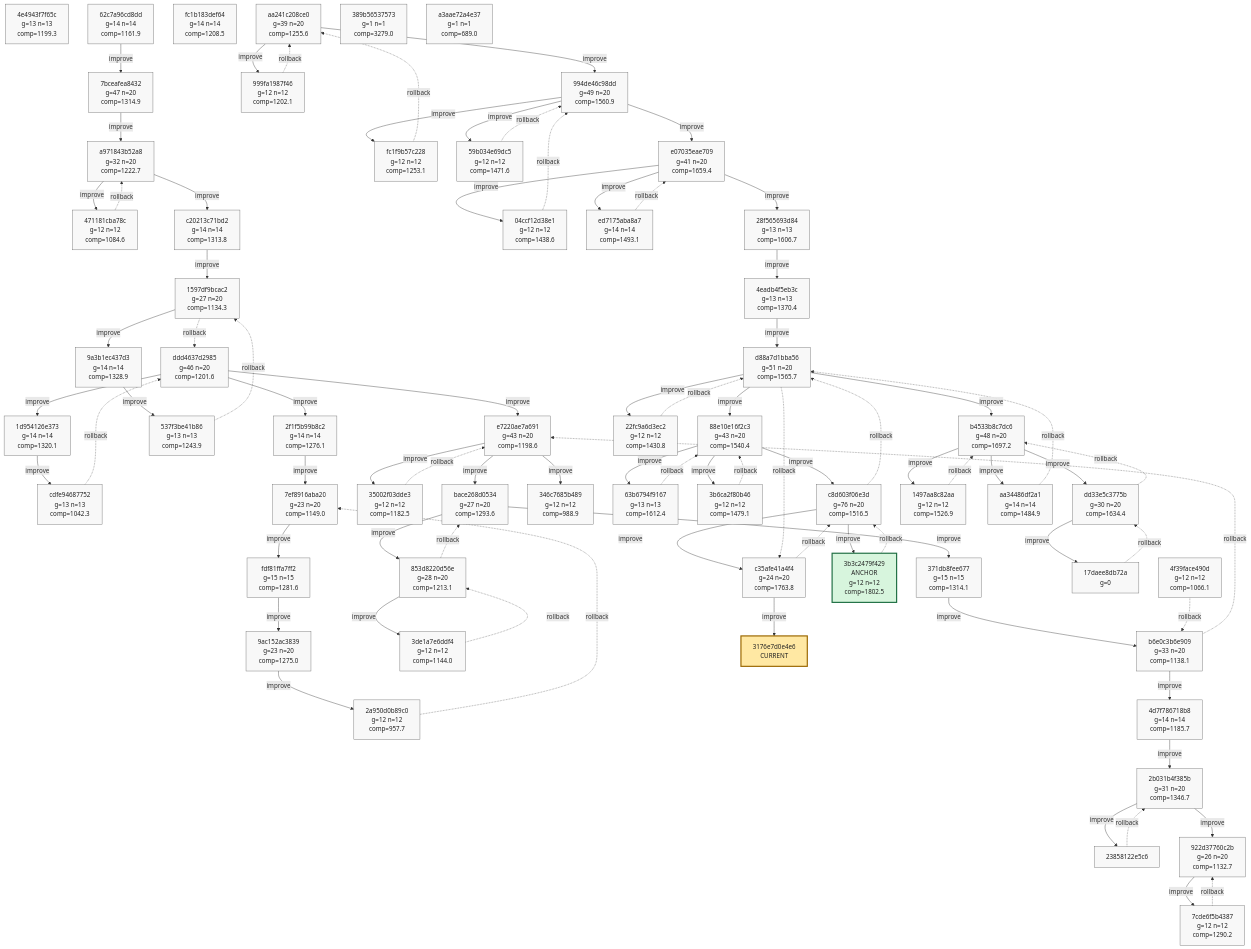
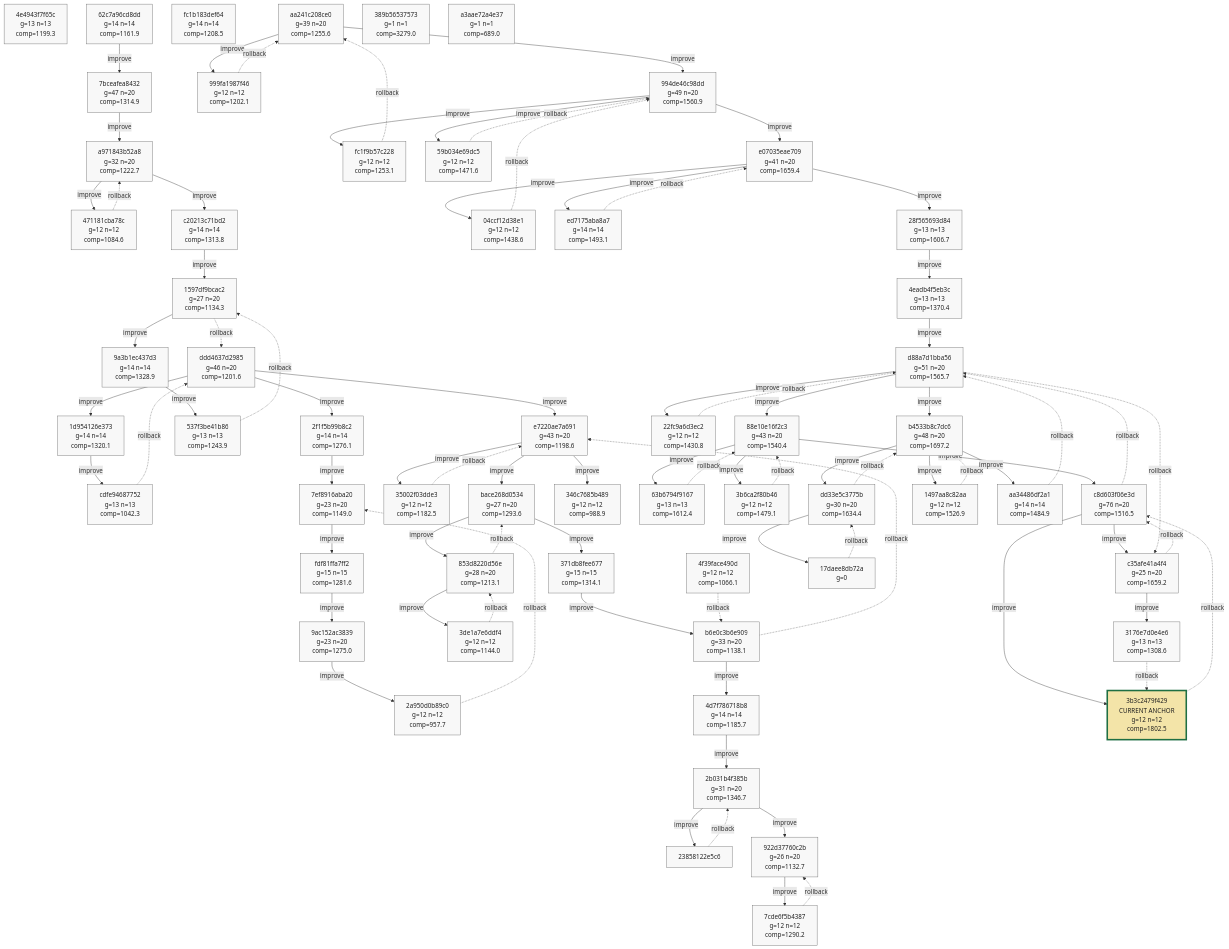
Before and after one commit to azumag/soviet_now: the ninth of 9 diagrams in phyrogenetic-tree.md, drawn with Mermaid. The commit also changed other lines of this file and 2 other files, not shown here.

````diff
--- a/phyrogenetic-tree.md
+++ b/phyrogenetic-tree.md
@@ -2287,17 +2288,17 @@
     h_63b6794f9167["63b6794f9167<br/>g=13 n=13<br/>comp=1612.4"]
     h_3b6ca2f80b46["3b6ca2f80b46<br/>g=12 n=12<br/>comp=1479.1"]
     h_c8d603f06e3d["c8d603f06e3d<br/>g=76 n=20<br/>comp=1516.5"]
-    h_3b3c2479f429["3b3c2479f429<br/>ANCHOR<br/>g=12 n=12<br/>comp=1802.5"]
-    h_c35afe41a4f4["c35afe41a4f4<br/>g=24 n=20<br/>comp=1763.8"]
+    h_3b3c2479f429["3b3c2479f429<br/>CURRENT ANCHOR<br/>g=12 n=12<br/>comp=1802.5"]
+    h_c35afe41a4f4["c35afe41a4f4<br/>g=25 n=20<br/>comp=1659.2"]
     h_22fc9a6d3ec2["22fc9a6d3ec2<br/>g=12 n=12<br/>comp=1430.8"]
     h_b4533b8c7dc6["b4533b8c7dc6<br/>g=48 n=20<br/>comp=1697.2"]
     h_dd33e5c3775b["dd33e5c3775b<br/>g=30 n=20<br/>comp=1634.4"]
     h_17daee8db72a["17daee8db72a<br/>g=0"]
     h_1497aa8c82aa["1497aa8c82aa<br/>g=12 n=12<br/>comp=1526.9"]
     h_aa34486df2a1["aa34486df2a1<br/>g=14 n=14<br/>comp=1484.9"]
+    h_3176e7d0e4e6["3176e7d0e4e6<br/>g=13 n=13<br/>comp=1308.6"]
     h_389b56537573["389b56537573<br/>g=1 n=1<br/>comp=3279.0"]
     h_a3aae72a4e37["a3aae72a4e37<br/>g=1 n=1<br/>comp=689.0"]
-    h_3176e7d0e4e6["3176e7d0e4e6<br/>CURRENT"]
 
     h_ddd4637d2985 -->|improve| h_1d954126e373
     h_1d954126e373 -->|improve| h_cdfe94687752
@@ -2377,6 +2378,7 @@
     h_aa34486df2a1 -. rollback .-> h_d88a7d1bba56
     h_d88a7d1bba56 -. rollback .-> h_c35afe41a4f4
     h_c35afe41a4f4 -->|improve| h_3176e7d0e4e6
+    h_3176e7d0e4e6 -. rollback .-> h_3b3c2479f429
 
     classDef plain fill:#f8f8f8,stroke:#666,stroke-width:1px,color:#222;
     classDef current fill:#ffe8a3,stroke:#9a6700,stroke-width:3px,color:#222;
@@ -2430,7 +2432,7 @@
     class h_63b6794f9167 plain;
     class h_3b6ca2f80b46 plain;
     class h_c8d603f06e3d plain;
-    class h_3b3c2479f429 anchor;
+    class h_3b3c2479f429 current_anchor;
     class h_c35afe41a4f4 plain;
     class h_22fc9a6d3ec2 plain;
     class h_b4533b8c7dc6 plain;
@@ -2438,7 +2440,7 @@
     class h_17daee8db72a plain;
     class h_1497aa8c82aa plain;
     class h_aa34486df2a1 plain;
+    class h_3176e7d0e4e6 plain;
     class h_389b56537573 plain;
     class h_a3aae72a4e37 plain;
-    class h_3176e7d0e4e6 current;
 ```
````
